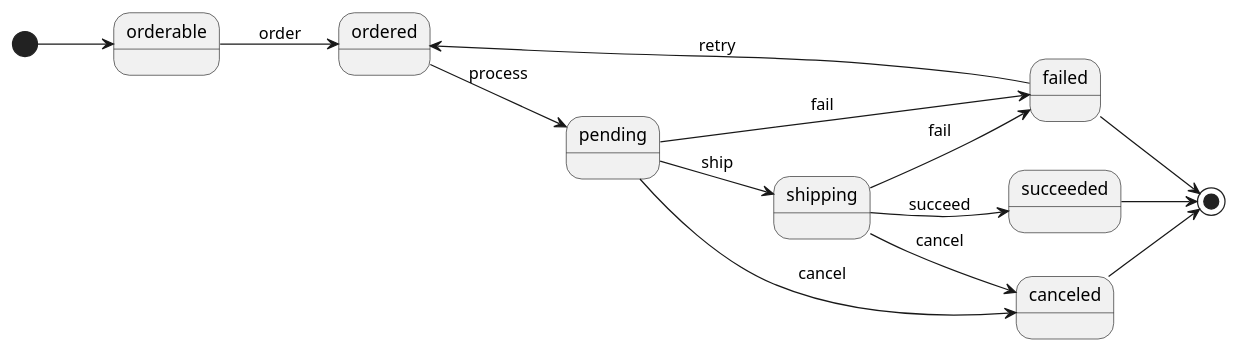
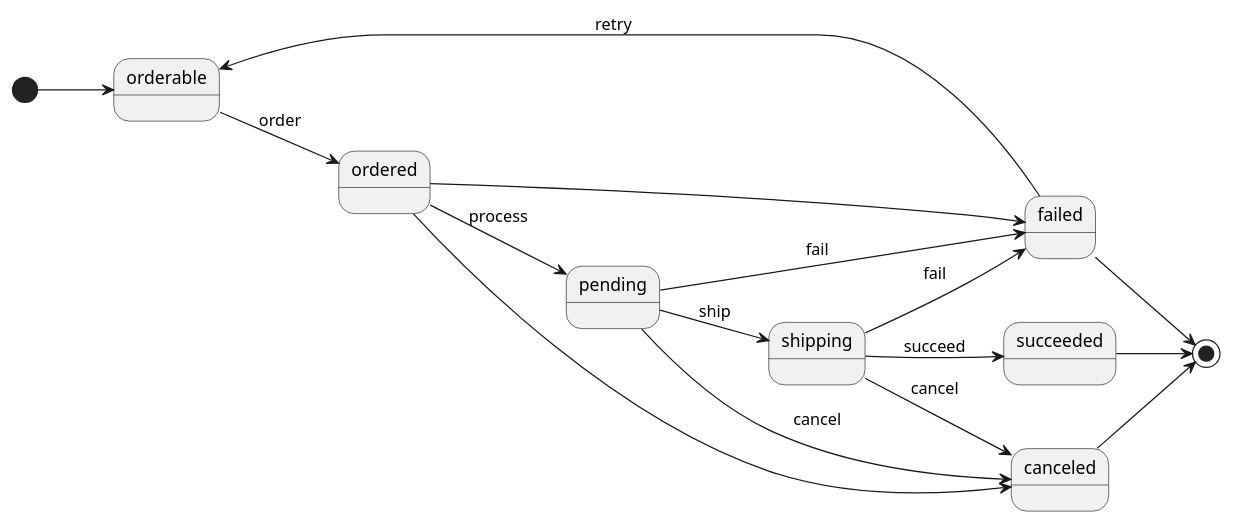
One commit to Terradue/order changed the diagram in diagrams/order-lifecycle.puml. Above: the diagram before and after it, drawn with PlantUML. The commit also changed 3 other files, not shown here.

Commit message:
docs(diagrams): applied reccomandations from https://github.com/stac-extensions/order/pull/20#pullrequestreview-5268737634

```diff
--- a/diagrams/order-lifecycle.puml
+++ b/diagrams/order-lifecycle.puml
@@ -1,22 +1,25 @@
 @startuml
 
 left to right direction
 
 [*] --> orderable
 orderable --> ordered : order
 ordered --> pending : process
 pending --> shipping : ship
 pending --> canceled : cancel
 pending --> failed : fail
 
 shipping --> succeeded : succeed
 shipping --> canceled : cancel
 shipping --> failed : fail
 
-failed --> ordered : retry
+failed --> orderable : retry
+
+ordered --> canceled
+ordered --> failed
 
 failed --> [*]
 succeeded --> [*]
 canceled --> [*]
 
 @enduml
```
